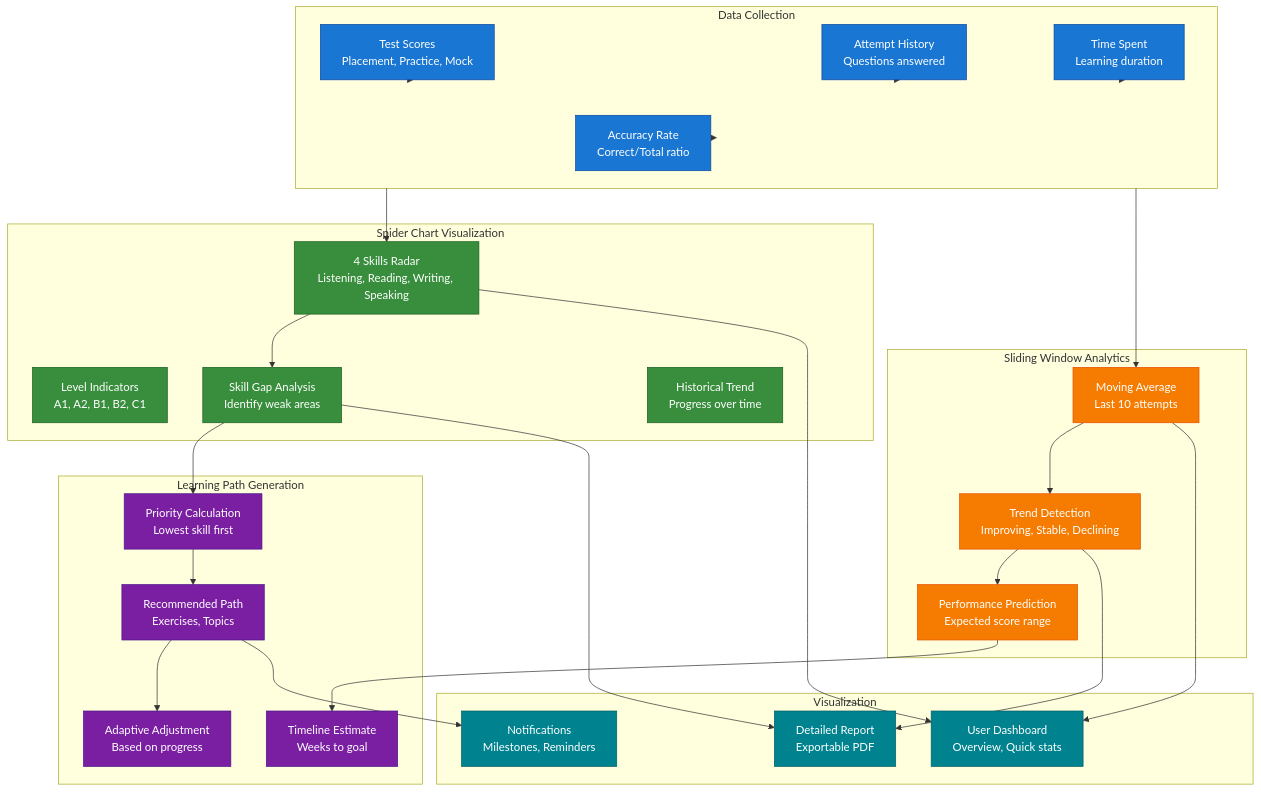
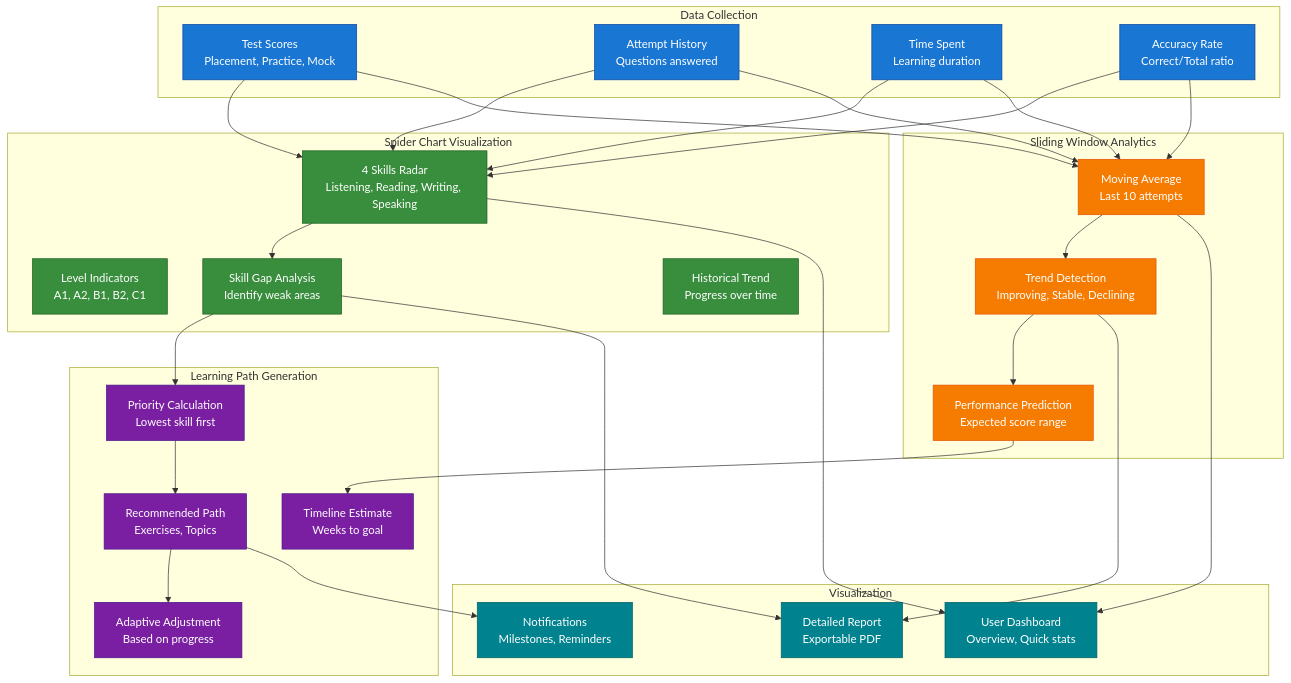
Before and after one commit to nghyane/VSTEP: the seventh of 8 diagrams in docs/capstone/diagrams/flow-diagrams.vi.md, drawn with Mermaid.

Commit message:
docs: fix Mermaid arrows in Vietnamese Progress Tracking diagram
- Connect individual nodes (Scores, Attempts, Time, Accuracy) directly to Skills and Window
- Remove invalid arrows pointing to subgraph names

````diff
--- a/docs/capstone/diagrams/flow-diagrams.vi.md
+++ b/docs/capstone/diagrams/flow-diagrams.vi.md
@@ -408,66 +408,68 @@
 ```mermaid
 flowchart TB
     subgraph DataCollection ["Data Collection"]
         Scores["Test Scores<br/>Placement, Practice, Mock"]
         Attempts["Attempt History<br/>Questions answered"]
         Time["Time Spent<br/>Learning duration"]
         Accuracy["Accuracy Rate<br/>Correct/Total ratio"]
     end
 
     subgraph SpiderChart ["Spider Chart Visualization"]
         Skills["4 Skills Radar<br/>Listening, Reading, Writing, Speaking"]
         Levels["Level Indicators<br/>A1, A2, B1, B2, C1"]
         Gap["Skill Gap Analysis<br/>Identify weak areas"]
         History["Historical Trend<br/>Progress over time"]
     end
 
     subgraph SlidingWindow ["Sliding Window Analytics"]
         Window["Moving Average<br/>Last 10 attempts"]
         Trend["Trend Detection<br/>Improving, Stable, Declining"]
         Prediction["Performance Prediction<br/>Expected score range"]
     end
 
     subgraph LearningPath ["Learning Path Generation"]
         Priority["Priority Calculation<br/>Lowest skill first"]
         Path["Recommended Path<br/>Exercises, Topics"]
         Timeline["Timeline Estimate<br/>Weeks to goal"]
         Adjust["Adaptive Adjustment<br/>Based on progress"]
     end
 
     subgraph Visualization ["Visualization"]
         Dashboard["User Dashboard<br/>Overview, Quick stats"]
-        Report["Detailed Report<br/>Exportable PDF"]
+        Report2["Detailed Report<br/>Exportable PDF"]
         Notification["Notifications<br/>Milestones, Reminders"]
     end
 
-    Scores --> DataCollection
-    Attempts --> DataCollection
-    Time --> DataCollection
-    Accuracy --> DataCollection
-    DataCollection --> Skills
-    DataCollection --> Window
+    Scores --> Skills
+    Scores --> Window
+    Attempts --> Skills
+    Attempts --> Window
+    Time --> Skills
+    Time --> Window
+    Accuracy --> Skills
+    Accuracy --> Window
     Skills --> Gap
     Gap --> Priority
     Window --> Trend
     Trend --> Prediction
     Priority --> Path
     Prediction --> Timeline
     Path --> Adjust
     Skills --> Dashboard
     Window --> Dashboard
-    Gap --> Report
-    Trend --> Report
+    Gap --> Report2
+    Trend --> Report2
     Path --> Notification
 
     classDef data fill:#1976d2,stroke:#0d47a1,color:#fff
     classDef spider fill:#388e3c,stroke:#1b5e20,color:#fff
     classDef sliding fill:#f57c00,stroke:#e65100,color:#fff
     classDef path fill:#7b1fa2,stroke:#4a148c,color:#fff
     classDef viz fill:#00838f,stroke:#006064,color:#fff
 
     class Scores,Attempts,Time,Accuracy data
     class Skills,Levels,Gap,History spider
     class Window,Trend,Prediction sliding
     class Priority,Path,Timeline,Adjust path
-    class Dashboard,Report,Notification viz
+    class Dashboard,Report2,Notification viz
 ```
````
